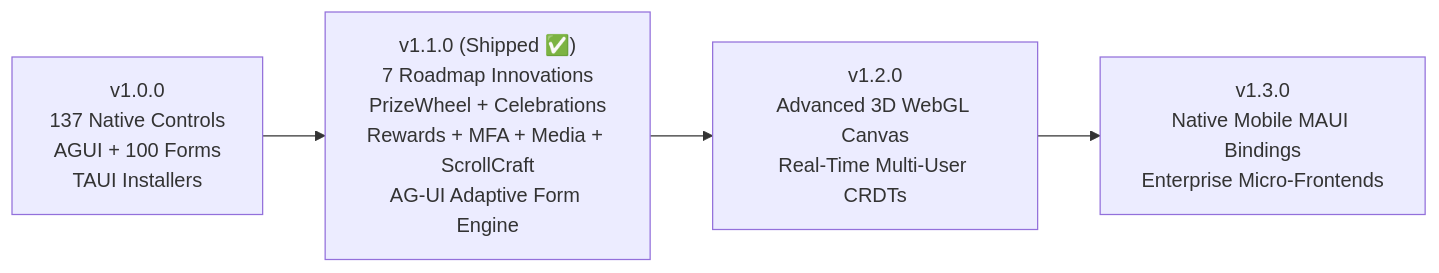
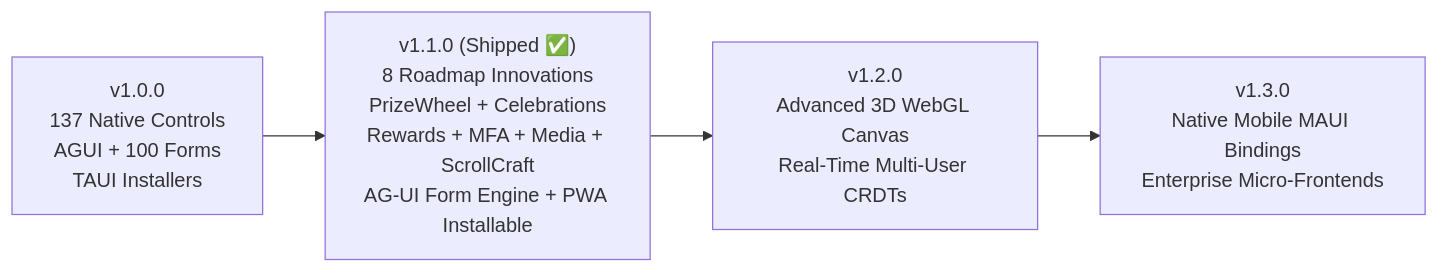
The diagram in docs/ROADMAP.md (donpotts/BlazorTailwindUI), drawn with Mermaid before and after one commit. The commit also changed other lines of this file and 13 other files, not shown here.

Commit message:
feat(pwa): make WASM demo fully installable as standalone PWA with 1-click install button and offline service worker

````diff
--- a/docs/ROADMAP.md
+++ b/docs/ROADMAP.md
@@ -174,6 +192,6 @@
 ```mermaid
 flowchart LR
-    A["v1.0.0<br/>137 Native Controls<br/>AGUI + 100 Forms<br/>TAUI Installers"] --> B["v1.1.0 (Shipped ✅)<br/>7 Roadmap Innovations<br/>PrizeWheel + Celebrations<br/>Rewards + MFA + Media + ScrollCraft<br/>AG-UI Adaptive Form Engine"]
+    A["v1.0.0<br/>137 Native Controls<br/>AGUI + 100 Forms<br/>TAUI Installers"] --> B["v1.1.0 (Shipped ✅)<br/>8 Roadmap Innovations<br/>PrizeWheel + Celebrations<br/>Rewards + MFA + Media + ScrollCraft<br/>AG-UI Form Engine + PWA Installable"]
     B --> C["v1.2.0<br/>Advanced 3D WebGL Canvas<br/>Real-Time Multi-User CRDTs"]
     C --> D["v1.3.0<br/>Native Mobile MAUI Bindings<br/>Enterprise Micro-Frontends"]
 ```
````
